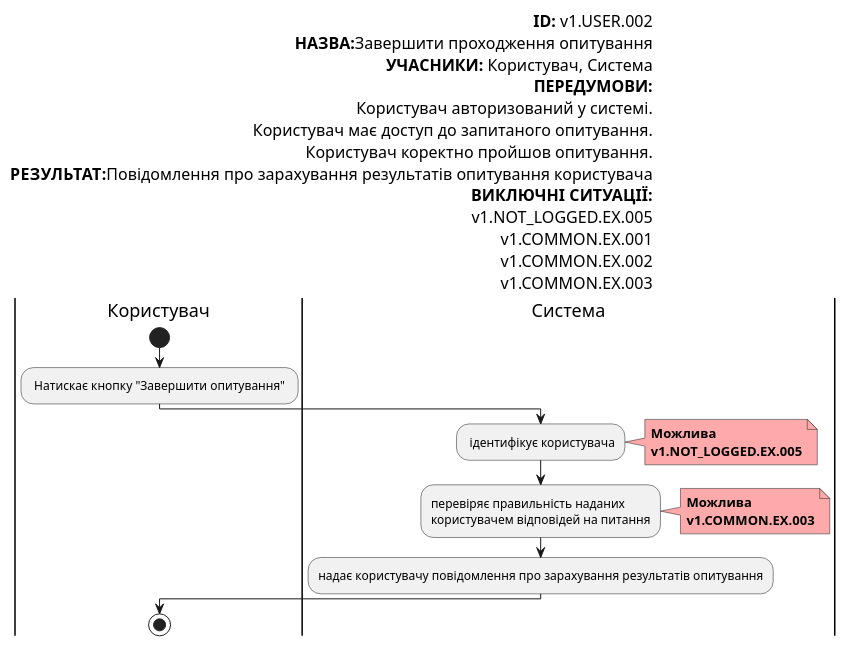
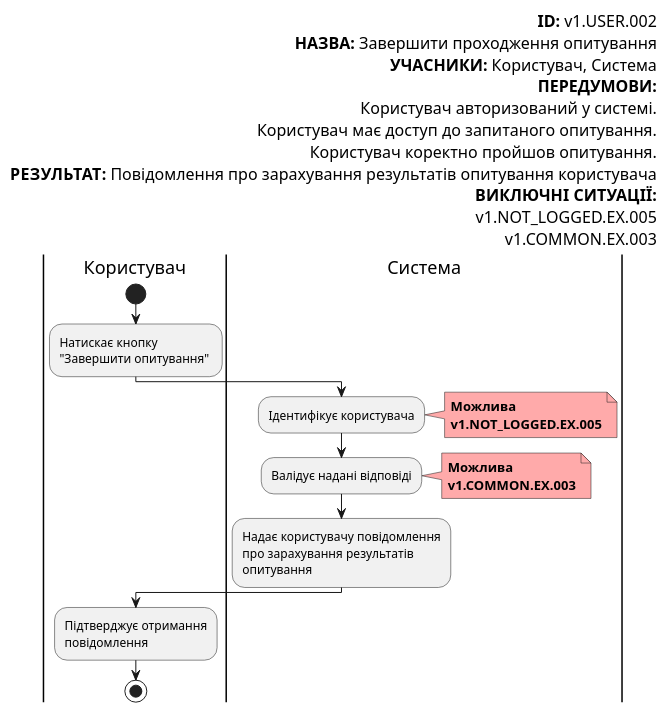
Before and after one commit to gurug-prog/survey-expert: the eighth of 23 diagrams in docs/use-cases/README.md, drawn with PlantUML. The commit also changed other lines of this file and 3 other files, not shown here.

Commit message:
Improve diagrams

```diff
--- a/docs/use-cases/README.md
+++ b/docs/use-cases/README.md
@@ -275,44 +286,48 @@
   @startuml
 
         left header
              <font color=000 size=16><b>ID:</b> v1.USER.002
-             <font color=000 size=16><b>НАЗВА:</b>Завершити проходження опитування
+             <font color=000 size=16><b>НАЗВА:</b> Завершити проходження опитування
              <font color=000 size=16><b>УЧАСНИКИ:</b> Користувач, Система
              <font color=000 size=16><b>ПЕРЕДУМОВИ:</b>
              <font color=000 size=16>Користувач авторизований у системі.
              <font color=000 size=16>Користувач має доступ до запитаного опитування.
              <font color=000 size=16>Користувач коректно пройшов опитування.
-             <font color=000 size=16><b>РЕЗУЛЬТАТ:</b>Повідомлення про зарахування результатів опитування користувача
+             <font color=000 size=16><b>РЕЗУЛЬТАТ:</b> Повідомлення про зарахування результатів опитування користувача
              <font color=000 size=16><b>ВИКЛЮЧНІ СИТУАЦІЇ:</b>
              <font color=000 size=16>v1.NOT_LOGGED.EX.005
-             <font color=000 size=16>v1.COMMON.EX.001
-             <font color=000 size=16>v1.COMMON.EX.002
              <font color=000 size=16>v1.COMMON.EX.003
          end header
 
          |Користувач|
              start
-             : Натискає кнопку "Завершити опитування" ;
+             :Натискає кнопку
+             "Завершити опитування" ;
 
          |Система|
-             : ідентифікує користувача;
+             :Ідентифікує користувача;
 
              note right #ffaaaa
              <b>Можлива</b>
              <b>v1.NOT_LOGGED.EX.005</b>
              end note
 
-             :перевіряє правильність наданих
-             користувачем відповідей на питання;
+             :Валідує надані відповіді;
 
              note right #ffaaaa
              <b>Можлива</b>
              <b>v1.COMMON.EX.003</b>
              end note
 
-             :надає користувачу повідомлення про зарахування результатів опитування;
+             :Надає користувачу повідомлення
+             про зарахування результатів
+             опитування;
 
          |Користувач|
+
+            :Підтверджує отримання
+            повідомлення;
+
              stop;
 
   @enduml
```
